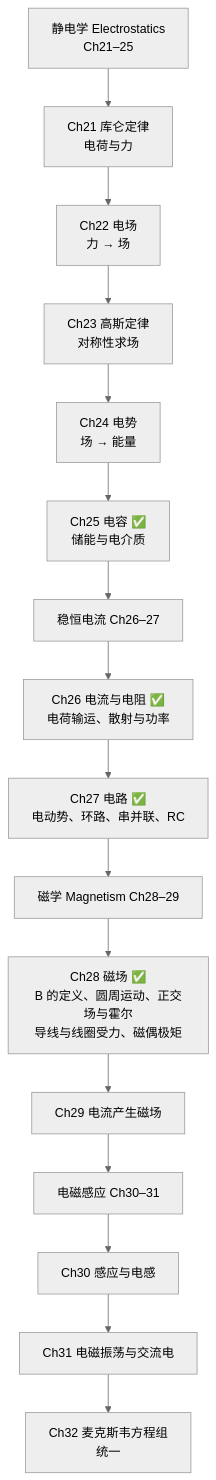
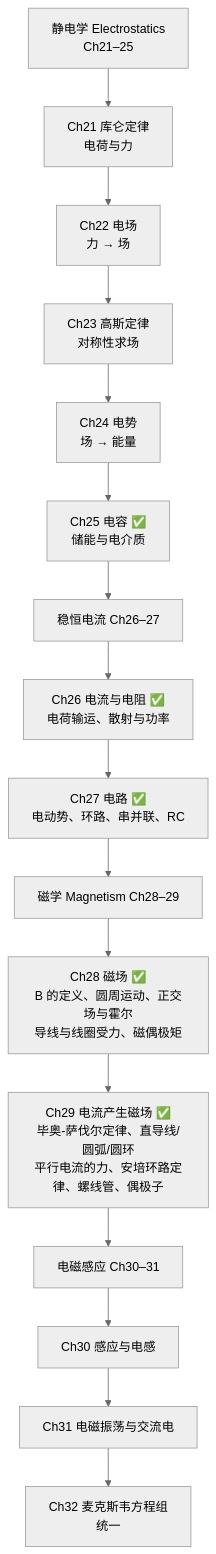
Before and after one commit to KayeAdams515/ClaudeNotes: the first of 7 diagrams in 物理/大学物理（一）/电磁学 MOC.md, drawn with Mermaid (neutral theme). The commit also changed other lines of this file and 61 other files, not shown here.

````diff
--- a/物理/大学物理（一）/电磁学 MOC.md
+++ b/物理/大学物理（一）/电磁学 MOC.md
@@ -15,18 +15,18 @@
 ```mermaid
 graph TD
     A["静电学 Electrostatics<br/>Ch21–25"] --> A1["Ch21 库仑定律<br/>电荷与力"]
     A1 --> A2["Ch22 电场<br/>力 → 场"]
     A2 --> A3["Ch23 高斯定律<br/>对称性求场"]
     A3 --> A4["Ch24 电势<br/>场 → 能量"]
     A4 --> A5["Ch25 电容 ✅<br/>储能与电介质"]
     A5 --> B["稳恒电流 Ch26–27"]
     B --> B1["Ch26 电流与电阻 ✅<br/>电荷输运、散射与功率"]
     B1 --> B2["Ch27 电路 ✅<br/>电动势、环路、串并联、RC"]
     B2 --> C["磁学 Magnetism Ch28–29"]
     C --> C1["Ch28 磁场 ✅<br/>B 的定义、圆周运动、正交场与霍尔<br/>导线与线圈受力、磁偶极矩"]
-    C1 --> C2["Ch29 电流产生磁场"]
+    C1 --> C2["Ch29 电流产生磁场 ✅<br/>毕奥-萨伐尔定律、直导线/圆弧/圆环<br/>平行电流的力、安培环路定律、螺线管、偶极子"]
     C2 --> D["电磁感应 Ch30–31"]
     D --> D1["Ch30 感应与电感"]
     D1 --> D2["Ch31 电磁振荡与交流电"]
     D2 --> E["Ch32 麦克斯韦方程组<br/>统一"]
 ```
````
